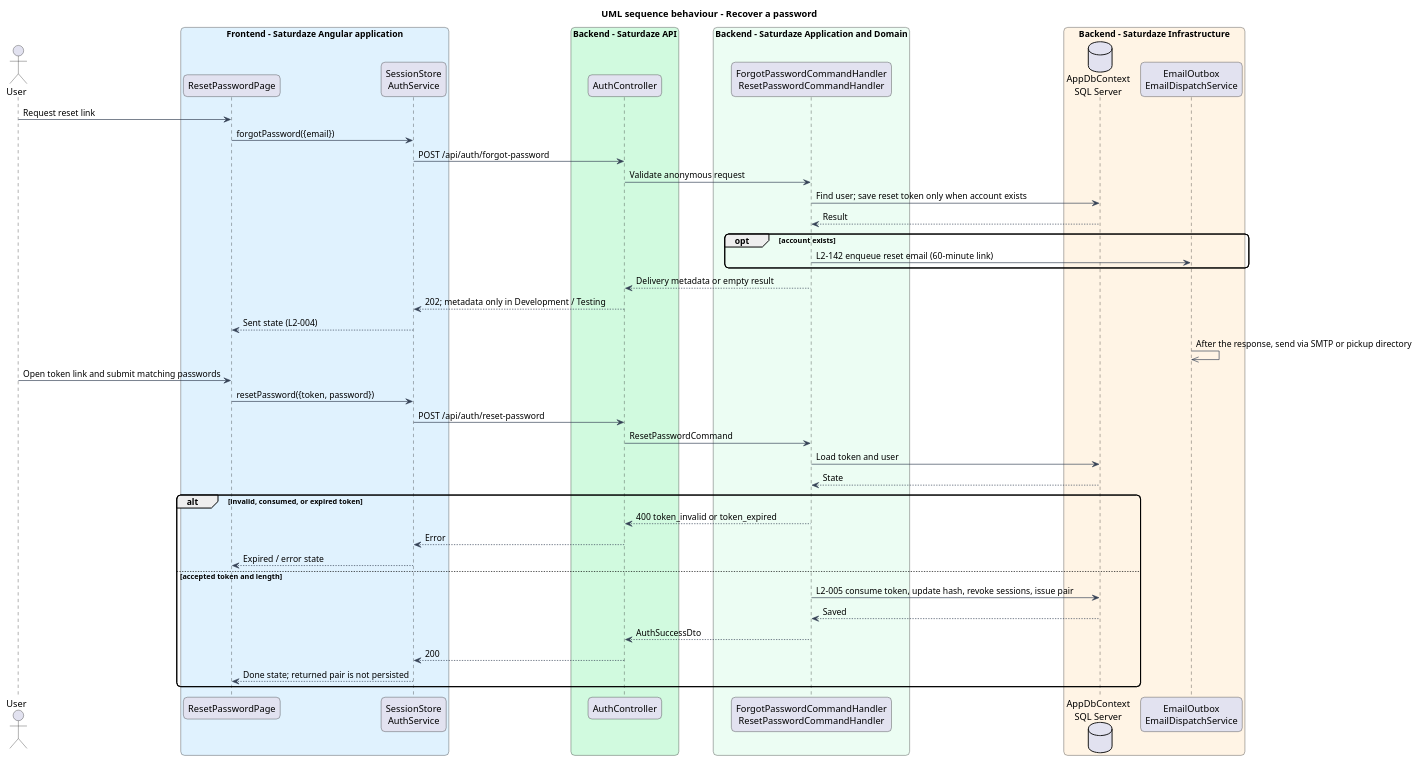
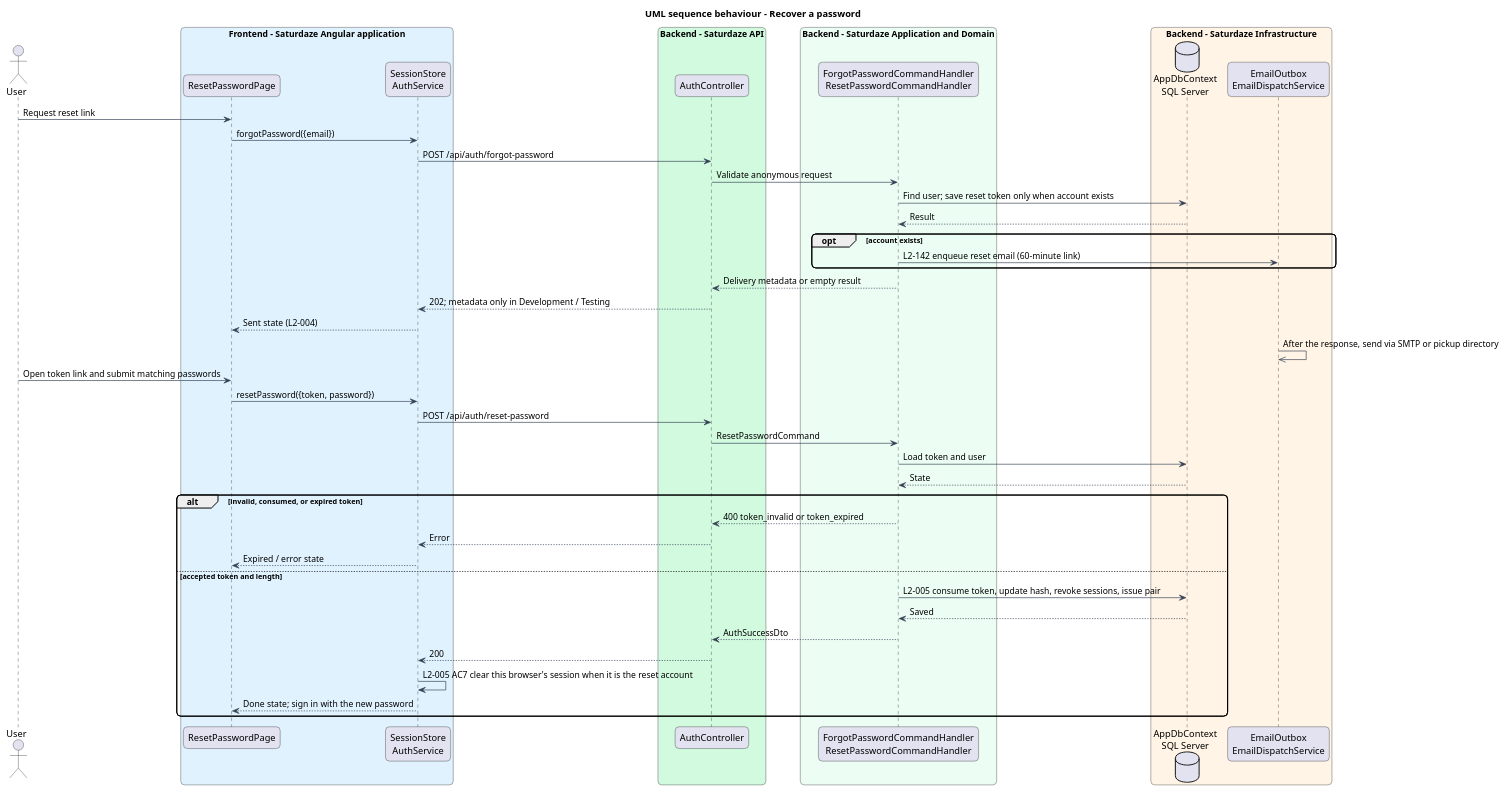
The diagram in docs/detailed-designs/identity-and-access/recover-password/diagrams/sequence-recover-password.puml (QuinntyneBrown/saturdaze), drawn with PlantUML before and after one commit. The commit also changed 11 other files, not shown here.

First line of the commit message:
Sign this browser out of the account a reset revokes (L2-005 AC7)

```diff
--- a/docs/detailed-designs/identity-and-access/recover-password/diagrams/sequence-recover-password.puml
+++ b/docs/detailed-designs/identity-and-access/recover-password/diagrams/sequence-recover-password.puml
@@ -1,53 +1,54 @@
 @startuml
 title UML sequence behaviour - Recover a password
 skinparam backgroundColor #FFFFFF
 skinparam shadowing false
 skinparam roundcorner 12
 skinparam defaultFontName Arial
 skinparam ArrowColor #344054
 actor "User" as actor
 box "Frontend - Saturdaze Angular application" #E0F2FE
  participant "ResetPasswordPage" as page
  participant "SessionStore\nAuthService" as client
 end box
 box "Backend - Saturdaze API" #D1FADF
  participant "AuthController" as controller
 end box
 box "Backend - Saturdaze Application and Domain" #ECFDF3
  participant "ForgotPasswordCommandHandler\nResetPasswordCommandHandler" as handler
 end box
 box "Backend - Saturdaze Infrastructure" #FFF4E5
  database "AppDbContext\nSQL Server" as db
  participant "EmailOutbox\nEmailDispatchService" as mail
 end box
 actor -> page : Request reset link
 page -> client : forgotPassword({email})
 client -> controller : POST /api/auth/forgot-password
 controller -> handler : Validate anonymous request
 handler -> db : Find user; save reset token only when account exists
 db --> handler : Result
 opt account exists
 handler -> mail : L2-142 enqueue reset email (60-minute link)
 end
 handler --> controller : Delivery metadata or empty result
 controller --> client : 202; metadata only in Development / Testing
 client --> page : Sent state (L2-004)
 mail ->> mail : After the response, send via SMTP or pickup directory
 actor -> page : Open token link and submit matching passwords
 page -> client : resetPassword({token, password})
 client -> controller : POST /api/auth/reset-password
 controller -> handler : ResetPasswordCommand
 handler -> db : Load token and user
 db --> handler : State
 alt invalid, consumed, or expired token
 handler --> controller : 400 token_invalid or token_expired
 controller --> client : Error
 client --> page : Expired / error state
 else accepted token and length
 handler -> db : L2-005 consume token, update hash, revoke sessions, issue pair
 db --> handler : Saved
 handler --> controller : AuthSuccessDto
 controller --> client : 200
-client --> page : Done state; returned pair is not persisted
+client -> client : L2-005 AC7 clear this browser's session when it is the reset account
+client --> page : Done state; sign in with the new password
 end
 @enduml
```
